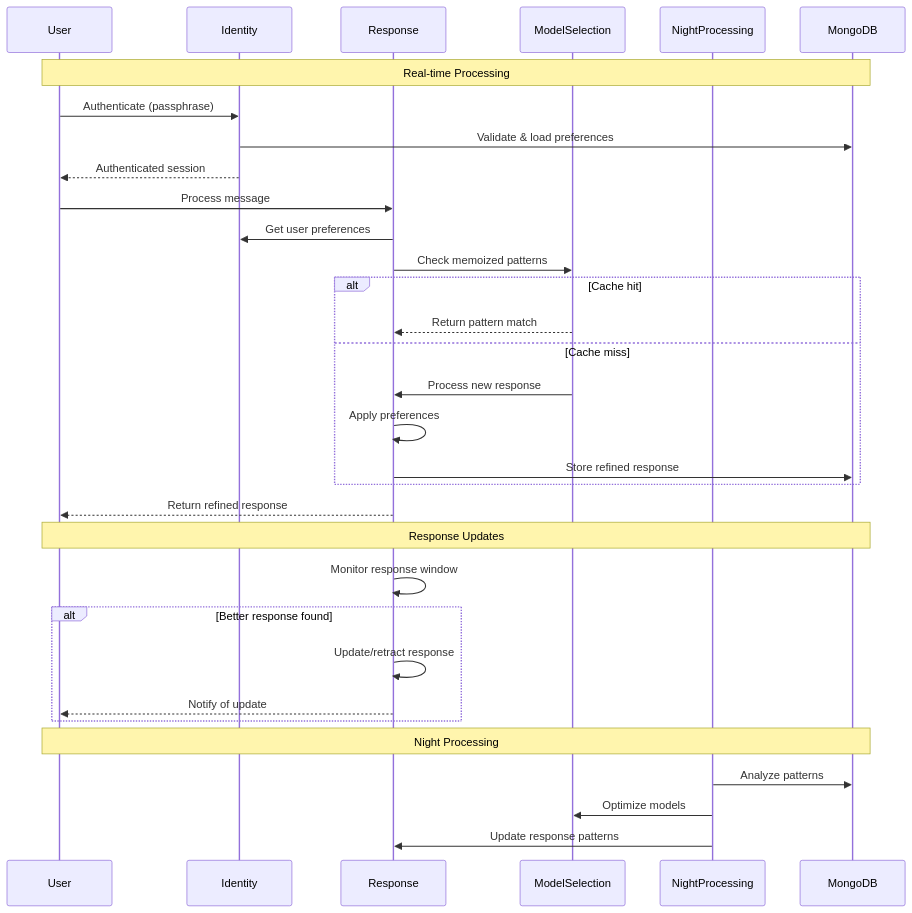
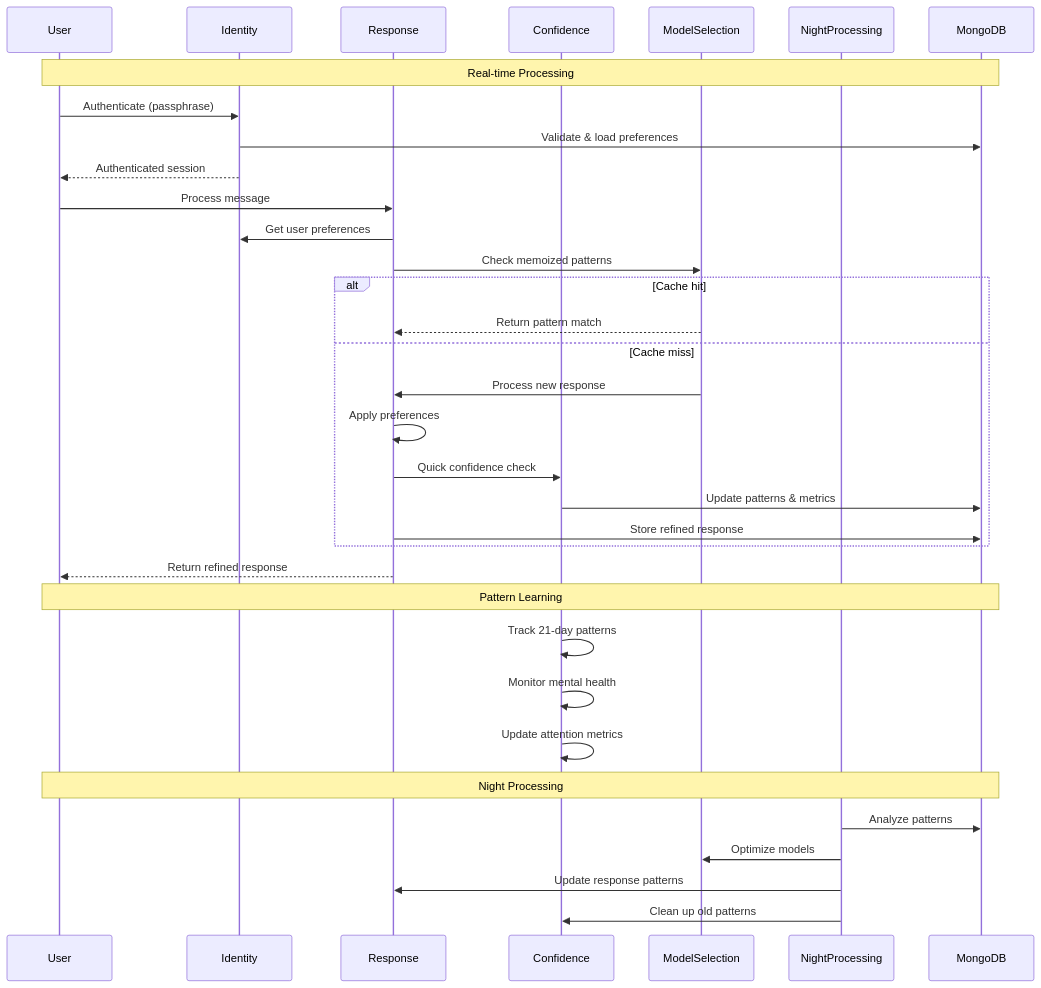
The first of 2 diagrams in memoRable_implementation_plan.md (alanchelmickjr/memoRable), drawn with Mermaid before and after one commit. The commit also changed other lines of this file and 2 other files, not shown here.

Commit message:
mental health and quick confidence scoring

````diff
--- a/memoRable_implementation_plan.md
+++ b/memoRable_implementation_plan.md
@@ -5,38 +5,40 @@
 ```mermaid
 sequenceDiagram
     participant User
     participant Identity
     participant Response
+    participant Confidence
     participant ModelSelection
     participant NightProcessing
     participant MongoDB
 
     Note over User,MongoDB: Real-time Processing
     User->>Identity: Authenticate (passphrase)
     Identity->>MongoDB: Validate & load preferences
     Identity-->>User: Authenticated session
     
     User->>Response: Process message
     Response->>Identity: Get user preferences
     Response->>ModelSelection: Check memoized patterns
     alt Cache hit
         ModelSelection-->>Response: Return pattern match
     else Cache miss
         ModelSelection->>Response: Process new response
         Response->>Response: Apply preferences
+        Response->>Confidence: Quick confidence check
+        Confidence->>MongoDB: Update patterns & metrics
         Response->>MongoDB: Store refined response
     end
     Response-->>User: Return refined response
     
-    Note over User,MongoDB: Response Updates
-    Response->>Response: Monitor response window
-    alt Better response found
-        Response->>Response: Update/retract response
-        Response-->>User: Notify of update
-    end
-
+    Note over User,MongoDB: Pattern Learning
+    Confidence->>Confidence: Track 21-day patterns
+    Confidence->>Confidence: Monitor mental health
+    Confidence->>Confidence: Update attention metrics
+    
     Note over User,MongoDB: Night Processing
     NightProcessing->>MongoDB: Analyze patterns
     NightProcessing->>ModelSelection: Optimize models
     NightProcessing->>Response: Update response patterns
+    NightProcessing->>Confidence: Clean up old patterns
 ```
````
